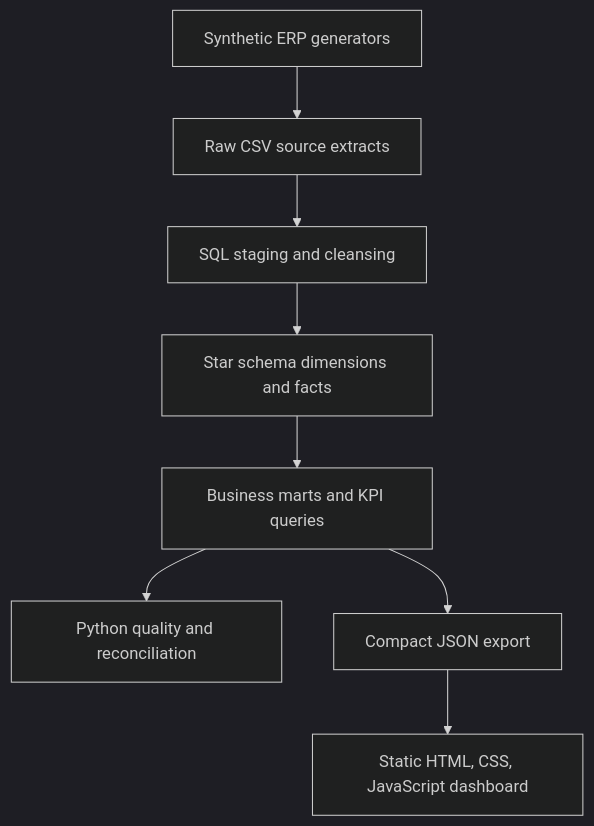
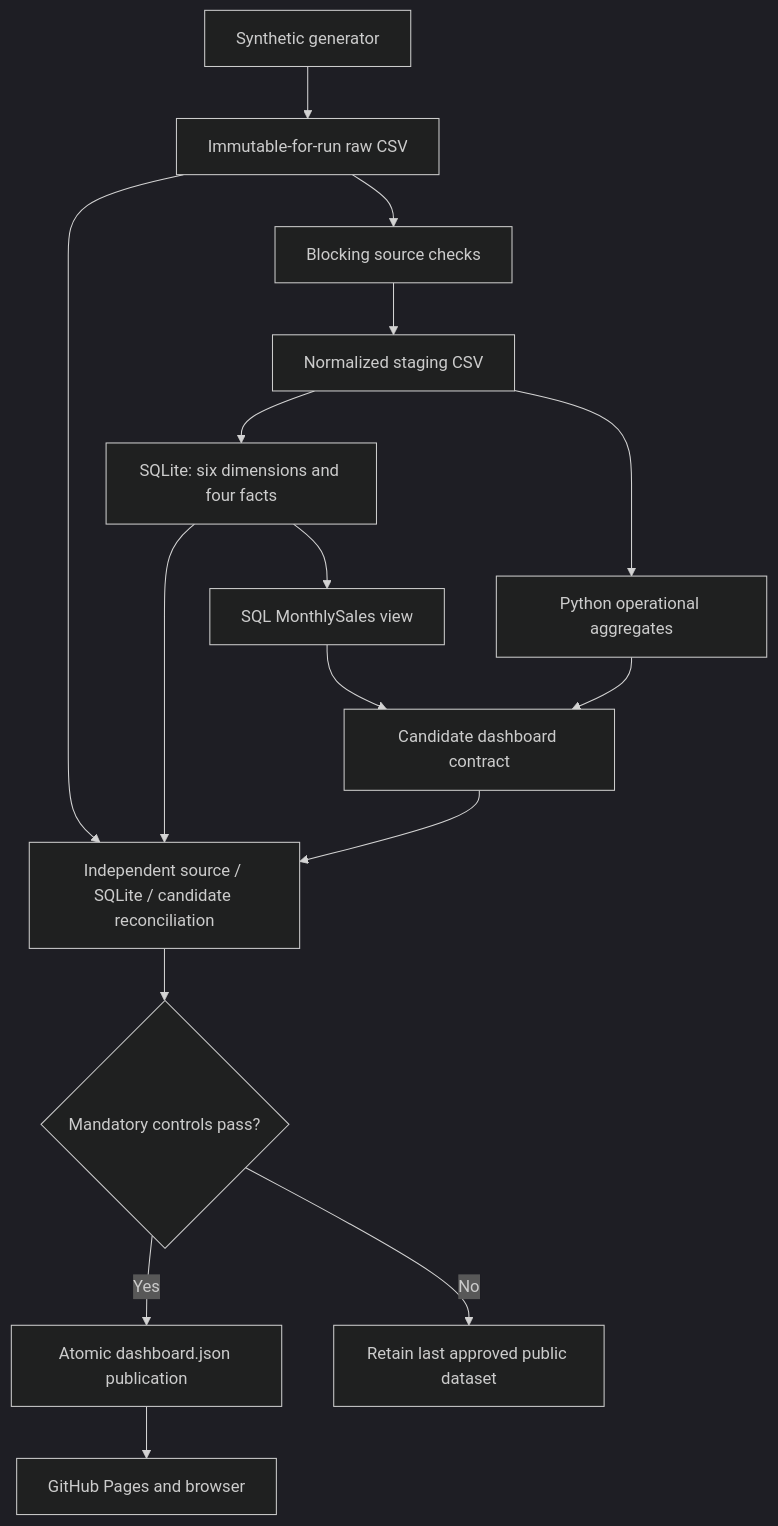
One commit to Jithendra-data/northstar-distribution-intelligence changed the diagram in documentation/architecture/architecture.md. Above: the diagram before and after it, drawn with Mermaid (dark theme). The commit also changed other lines of this file and 41 other files, not shown here.

````diff
--- a/documentation/architecture/architecture.md
+++ b/documentation/architecture/architecture.md
@@ -4,10 +5,18 @@
 ```mermaid
 flowchart TD
-  A[Synthetic ERP generators] --> B[Raw CSV source extracts]
-  B --> C[SQL staging and cleansing]
-  C --> D[Star schema dimensions and facts]
-  D --> E[Business marts and KPI queries]
-  E --> F[Python quality and reconciliation]
-  E --> G[Compact JSON export]
-  G --> H[Static HTML, CSS, JavaScript dashboard]
+  G[Synthetic generator] --> R[Immutable-for-run raw CSV]
+  R --> V[Blocking source checks]
+  V --> S[Normalized staging CSV]
+  S --> W[SQLite: six dimensions and four facts]
+  W --> M[SQL MonthlySales view]
+  S --> P[Python operational aggregates]
+  M --> C[Candidate dashboard contract]
+  P --> C
+  R --> Q[Independent source / SQLite / candidate reconciliation]
+  W --> Q
+  C --> Q
+  Q --> A{Mandatory controls pass?}
+  A -->|Yes| J[Atomic dashboard.json publication]
+  A -->|No| K[Retain last approved public dataset]
+  J --> B[GitHub Pages and browser]
 ```
````
